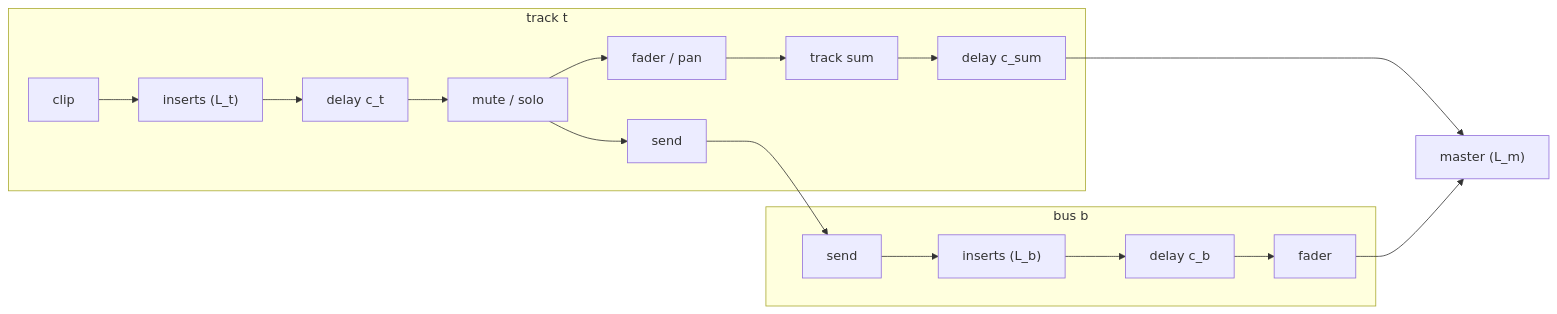
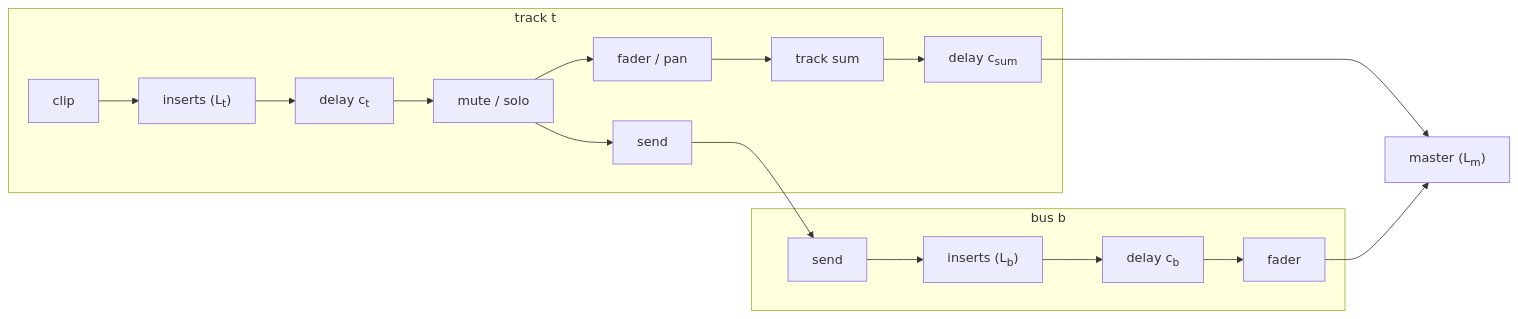
Before and after one commit to TomHsieh300/DAW-for-fun: the diagram in lessons/14-daw-8track/docs/step-08-pdc.zh-TW.md, drawn with Mermaid. The commit also changed 19 other files, not shown here.

First line of the commit message:
lessons: typeset subscripts and superscripts in Mermaid labels

````diff
--- a/lessons/14-daw-8track/docs/step-08-pdc.zh-TW.md
+++ b/lessons/14-daw-8track/docs/step-08-pdc.zh-TW.md
@@ -46,14 +46,14 @@
 ```mermaid
 flowchart LR
     subgraph TR["track t"]
-        T1["clip"] --> T2["inserts (L_t)"] --> T3["delay c_t"] --> T4["mute / solo"]
+        T1["clip"] --> T2["inserts (L<sub>t</sub>)"] --> T3["delay c<sub>t</sub>"] --> T4["mute / solo"]
         T4 --> T5["send"]
-        T4 --> T6["fader / pan"] --> T7["track sum"] --> T8["delay c_sum"]
+        T4 --> T6["fader / pan"] --> T7["track sum"] --> T8["delay c<sub>sum</sub>"]
     end
     subgraph BUS["bus b"]
-        B1["send"] --> B2["inserts (L_b)"] --> B3["delay c_b"] --> B4["fader"]
+        B1["send"] --> B2["inserts (L<sub>b</sub>)"] --> B3["delay c<sub>b</sub>"] --> B4["fader"]
     end
     T5 --> B1
-    T8 --> M["master (L_m)"]
+    T8 --> M["master (L<sub>m</sub>)"]
     B4 --> M
 ```
````
